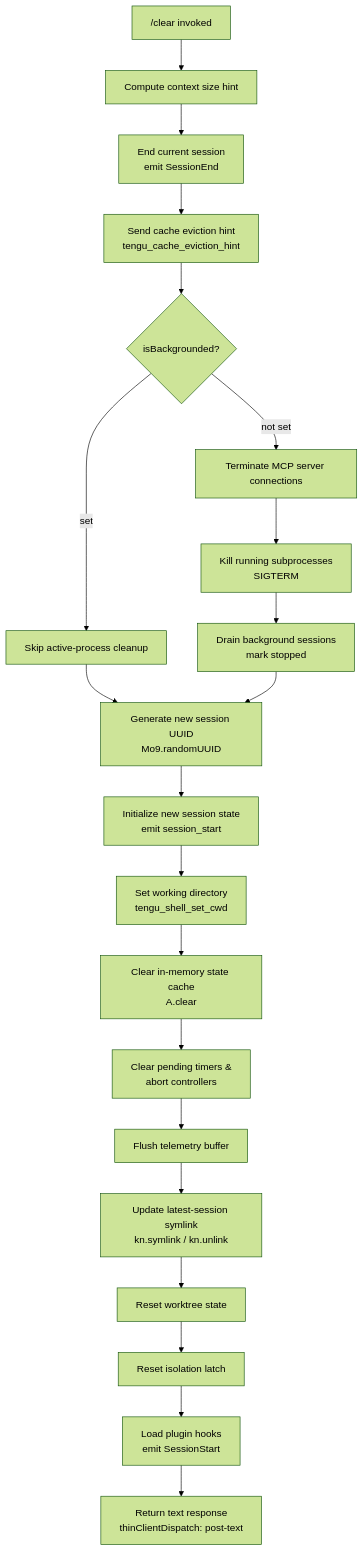
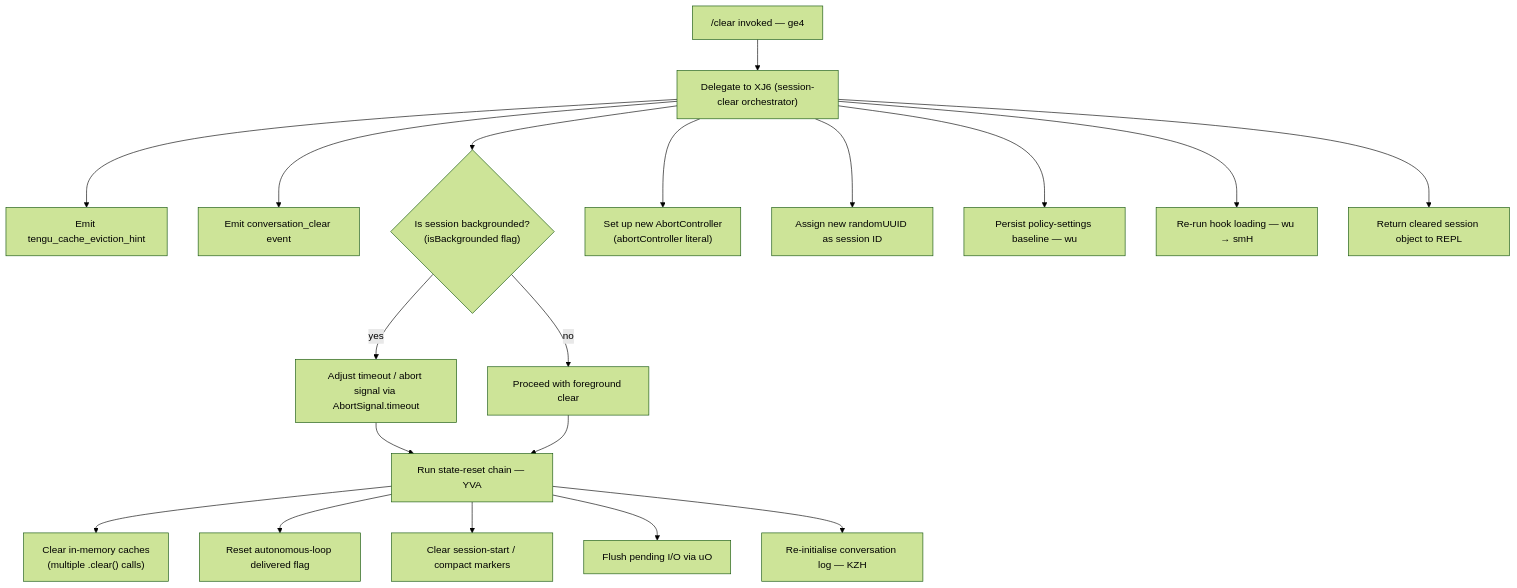
One commit to MyLittleLuckyDog/cc-gnothi changed the diagram in versions/v2.1.132/clear.md. Above: the diagram before and after it, drawn with Mermaid (forest theme). The commit also changed other lines of this file and 96 other files, not shown here.

````diff
--- a/versions/v2.1.132/clear.md
+++ b/versions/v2.1.132/clear.md
@@ -44,23 +56,21 @@
 ```mermaid
 flowchart TD
-    A["/clear invoked"] --> B[Compute context size hint]
-    B --> C[End current session\nemit SessionEnd]
-    C --> D[Send cache eviction hint\ntengu_cache_eviction_hint]
-    D --> E{isBackgrounded?}
-    E -->|set| F[Skip active-process cleanup]
-    E -->|not set| G[Terminate MCP server connections]
-    G --> H[Kill running subprocesses\nSIGTERM]
-    H --> I[Drain background sessions\nmark stopped]
-    F --> J[Generate new session UUID\nMo9.randomUUID]
-    I --> J
-    J --> K[Initialize new session state\nemit session_start]
-    K --> L[Set working directory\ntengu_shell_set_cwd]
-    L --> M[Clear in-memory state cache\nA.clear]
-    M --> N[Clear pending timers &\nabort controllers]
-    N --> O[Flush telemetry buffer]
-    O --> P[Update latest-session symlink\nkn.symlink / kn.unlink]
-    P --> Q[Reset worktree state]
-    Q --> R[Reset isolation latch]
-    R --> S[Load plugin hooks\nemit SessionStart]
-    S --> T[Return text response\nthinClientDispatch: post-text]
+    A["/clear invoked — ge4"] --> B["Delegate to XJ6 (session-clear orchestrator)"]
+    B --> C["Emit tengu_cache_eviction_hint"]
+    B --> D["Emit conversation_clear event"]
+    B --> E{"Is session backgrounded?\n(isBackgrounded flag)"}
+    E -- yes --> F["Adjust timeout / abort signal via AbortSignal.timeout"]
+    E -- no --> G["Proceed with foreground clear"]
+    F --> H["Run state-reset chain — YVA"]
+    G --> H
+    H --> I["Clear in-memory caches\n(multiple .clear() calls)"]
+    H --> J["Reset autonomous-loop delivered flag"]
+    H --> K["Clear session-start / compact markers"]
+    H --> L["Flush pending I/O via uO"]
+    H --> M["Re-initialise conversation log — KZH"]
+    B --> N["Set up new AbortController\n(abortController literal)"]
+    B --> O["Assign new randomUUID as session ID"]
+    B --> P["Persist policy-settings baseline — wu"]
+    B --> Q["Re-run hook loading — wu → smH"]
+    B --> R["Return cleared session object to REPL"]
 ```
````
